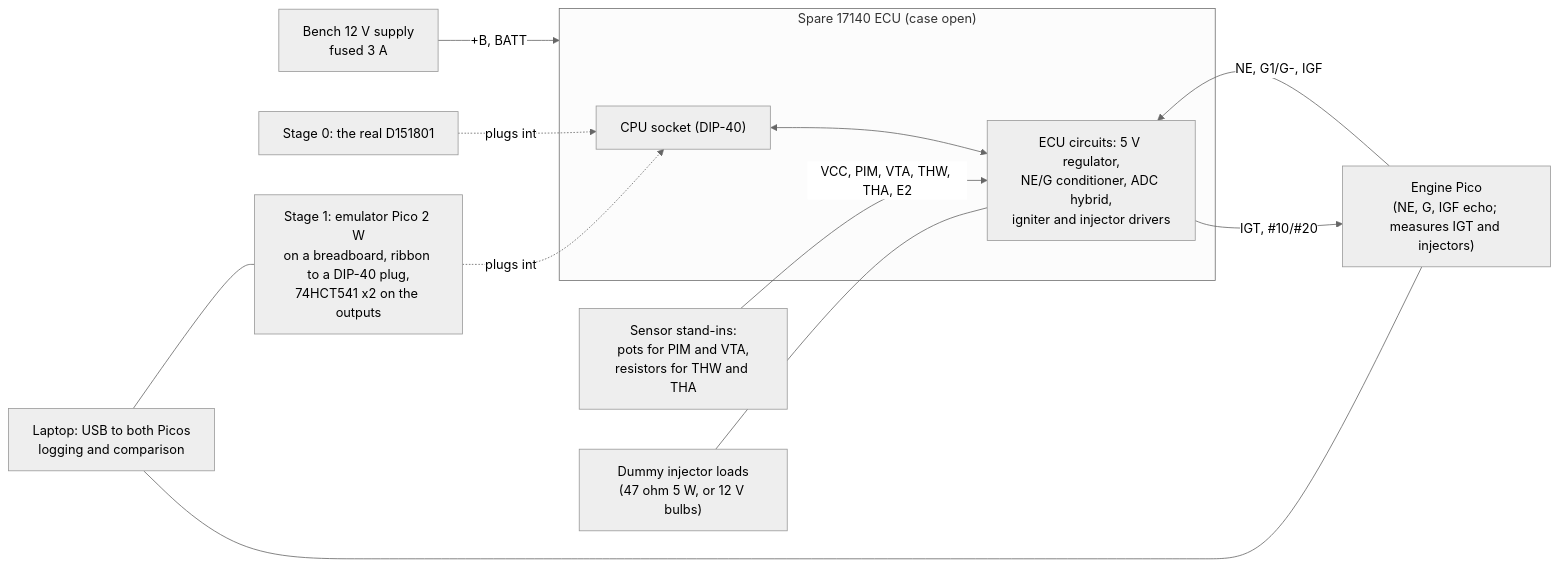
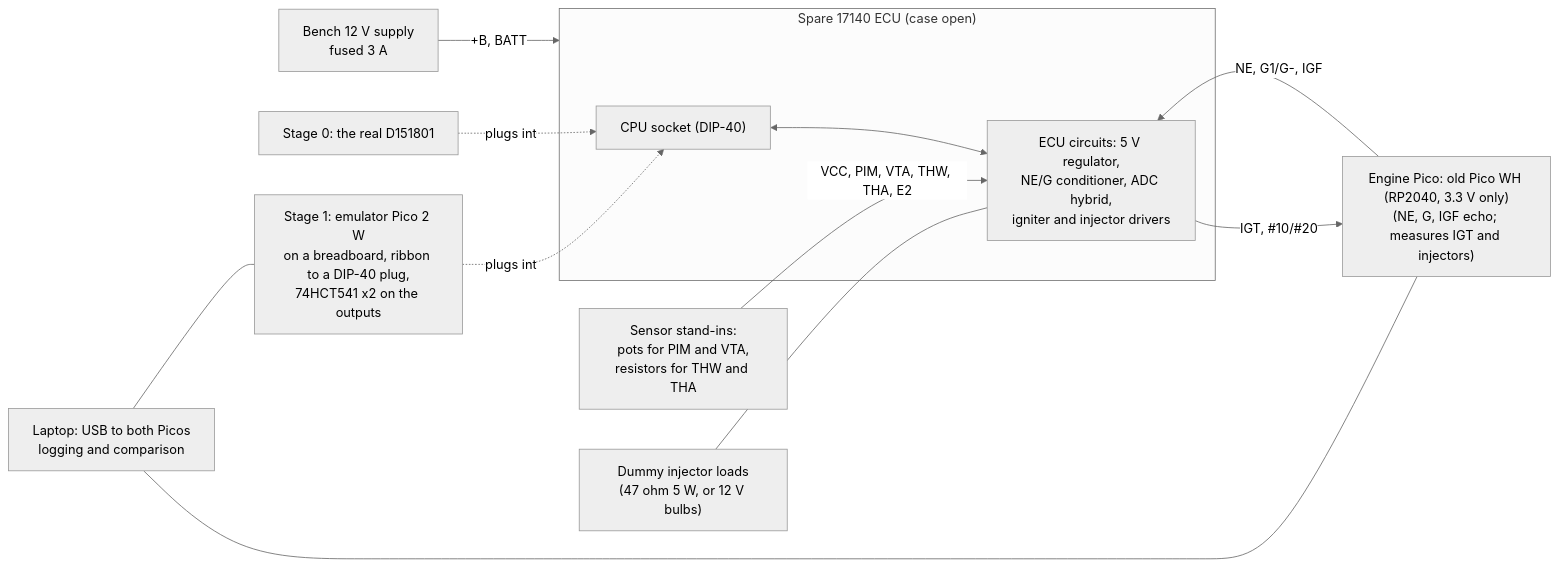
The diagram in docs/hardware/ecu_bench_setup.md (kurt-culley/Toyota-PCM-hacking), drawn with Mermaid (neutral theme) before and after one commit. The commit also changed other lines of this file and 2 other files, not shown here.

First line of the commit message:
bench setup: the owned Pico WH (RP2040) is the engine Pico; 3.3 V-only interfacing; logged in STATUS exceptions

````diff
--- a/docs/hardware/ecu_bench_setup.md
+++ b/docs/hardware/ecu_bench_setup.md
@@ -13,17 +13,17 @@
 ```mermaid
 flowchart LR
   PSU["Bench 12 V supply<br/>fused 3 A"] -->|+B, BATT| ECU
   subgraph ECU["Spare 17140 ECU (case open)"]
     SOCK["CPU socket (DIP-40)"]
     CIRC["ECU circuits: 5 V regulator,<br/>NE/G conditioner, ADC hybrid,<br/>igniter and injector drivers"]
     SOCK <--> CIRC
   end
   CPU["Stage 0: the real D151801"] -.plugs into.-> SOCK
   EMU["Stage 1: emulator Pico 2 W<br/>on a breadboard, ribbon to a DIP-40 plug,<br/>74HCT541 x2 on the outputs"] -.plugs into.-> SOCK
-  STIM["Engine Pico<br/>(NE, G, IGF echo; measures IGT and injectors)"] -->|NE, G1/G-, IGF| CIRC
+  STIM["Engine Pico: old Pico WH (RP2040, 3.3 V only)<br/>(NE, G, IGF echo; measures IGT and injectors)"] -->|NE, G1/G-, IGF| CIRC
   CIRC -->|IGT, #10/#20| STIM
   SENS["Sensor stand-ins:<br/>pots for PIM and VTA,<br/>resistors for THW and THA"] -->|VCC, PIM, VTA, THW, THA, E2| CIRC
   LOADS["Dummy injector loads<br/>(47 ohm 5 W, or 12 V bulbs)"] --- CIRC
   LAPTOP["Laptop: USB to both Picos<br/>logging and comparison"] --- STIM
   LAPTOP --- EMU
 ```
````
